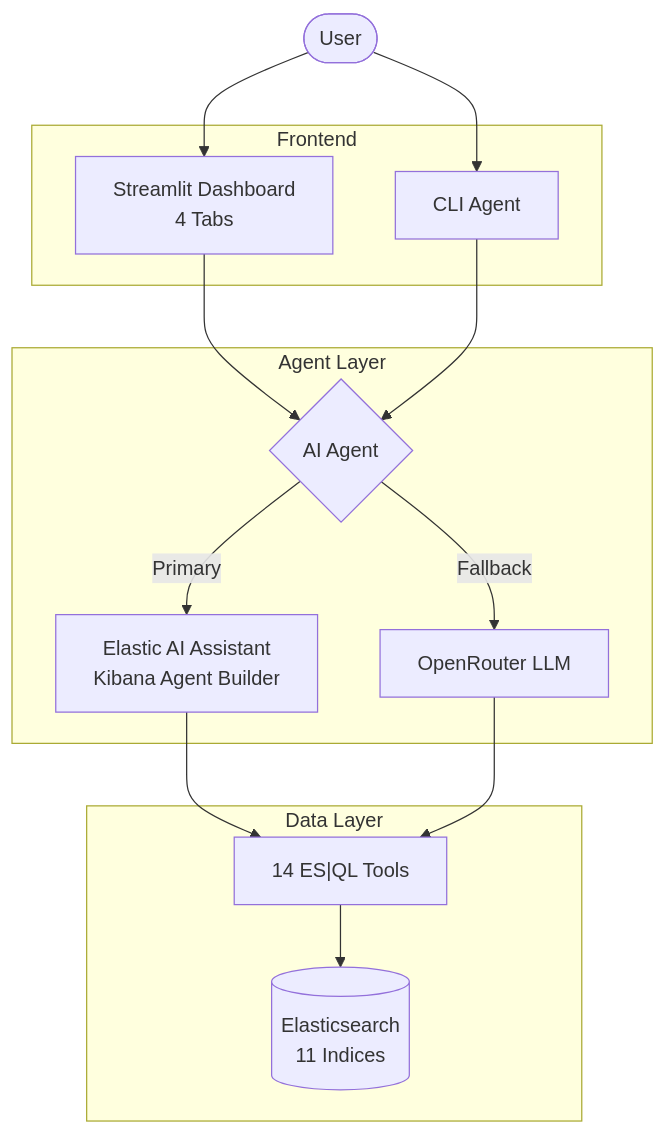
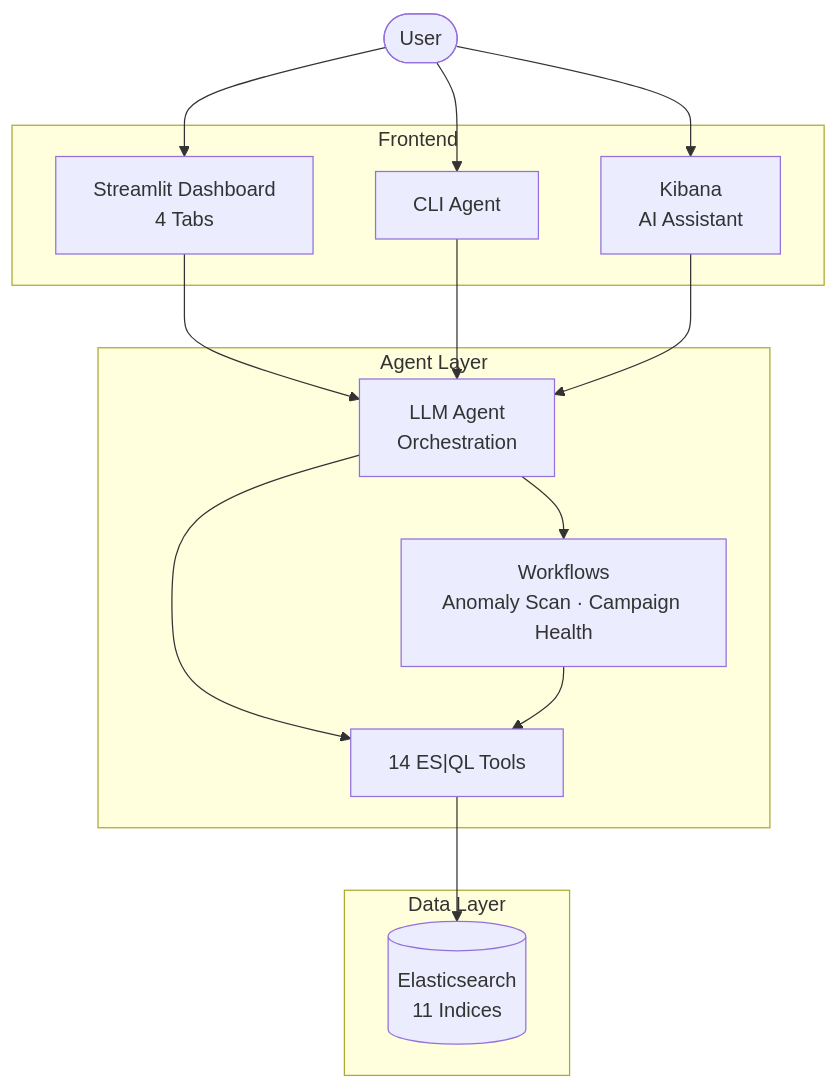
Before and after one commit to EZZEASY/CampaignPilot: the first of 3 diagrams in README.md, drawn with Mermaid.

Commit message:
docs: simplify architecture diagram in README

````diff
--- a/README.md
+++ b/README.md
@@ -19,33 +19,32 @@
 ```mermaid
 graph TB
     User([User])
     User --> Dashboard[Streamlit Dashboard<br/>4 Tabs]
     User --> CLI[CLI Agent]
+    User --> KibanaUI[Kibana<br/>AI Assistant]
 
-    Dashboard --> Agent{AI Agent}
-    CLI --> Agent
+    Dashboard --> LLM
+    CLI --> LLM
+    KibanaUI --> LLM
 
-    Agent -->|Primary| Kibana[Elastic AI Assistant<br/>Kibana Agent Builder]
-    Agent -->|Fallback| OpenRouter[OpenRouter LLM]
-
-    Kibana --> Tools["14 ES|QL Tools"]
-    OpenRouter --> Tools
-
+    LLM["LLM Agent<br/>Orchestration"] --> Workflows["Workflows<br/>Anomaly Scan · Campaign Health"]
+    LLM --> Tools["14 ES|QL Tools"]
+    Workflows --> Tools
     Tools --> ES[(Elasticsearch<br/>11 Indices)]
 
     subgraph Frontend
         Dashboard
         CLI
+        KibanaUI
     end
 
     subgraph Agent Layer
-        Agent
-        Kibana
-        OpenRouter
+        LLM
+        Workflows
+        Tools
     end
 
     subgraph Data Layer
-        Tools
         ES
     end
 ```
````
